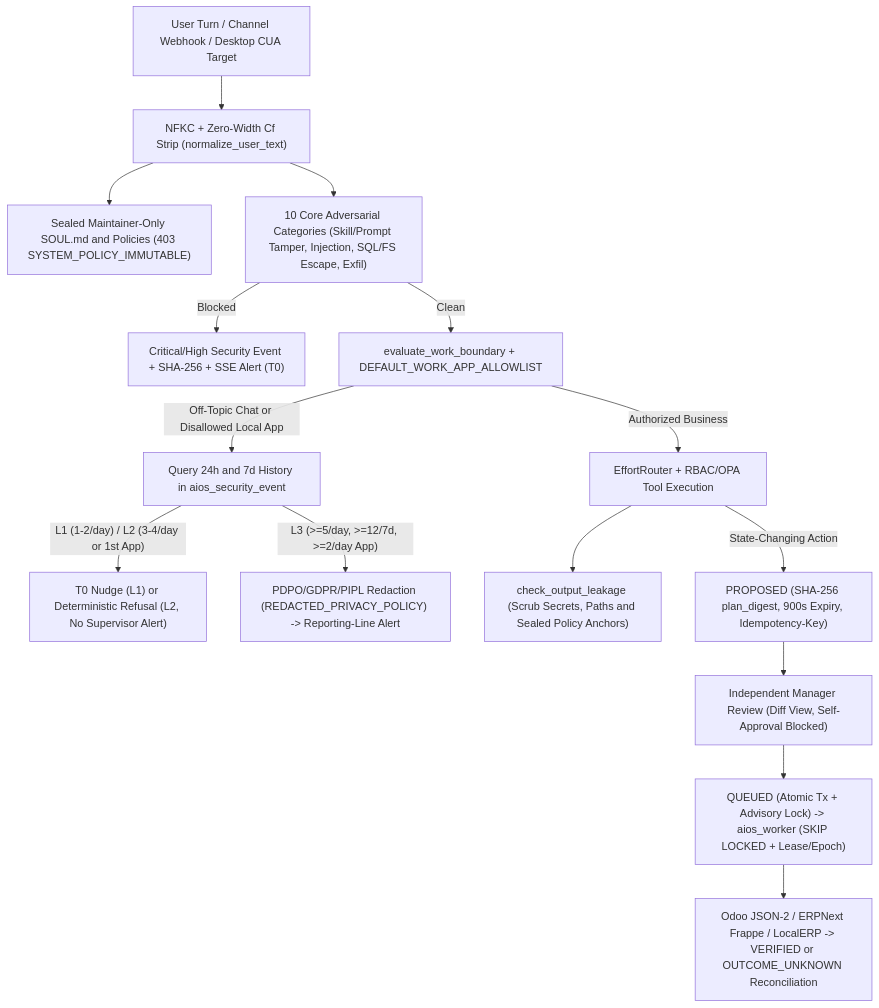
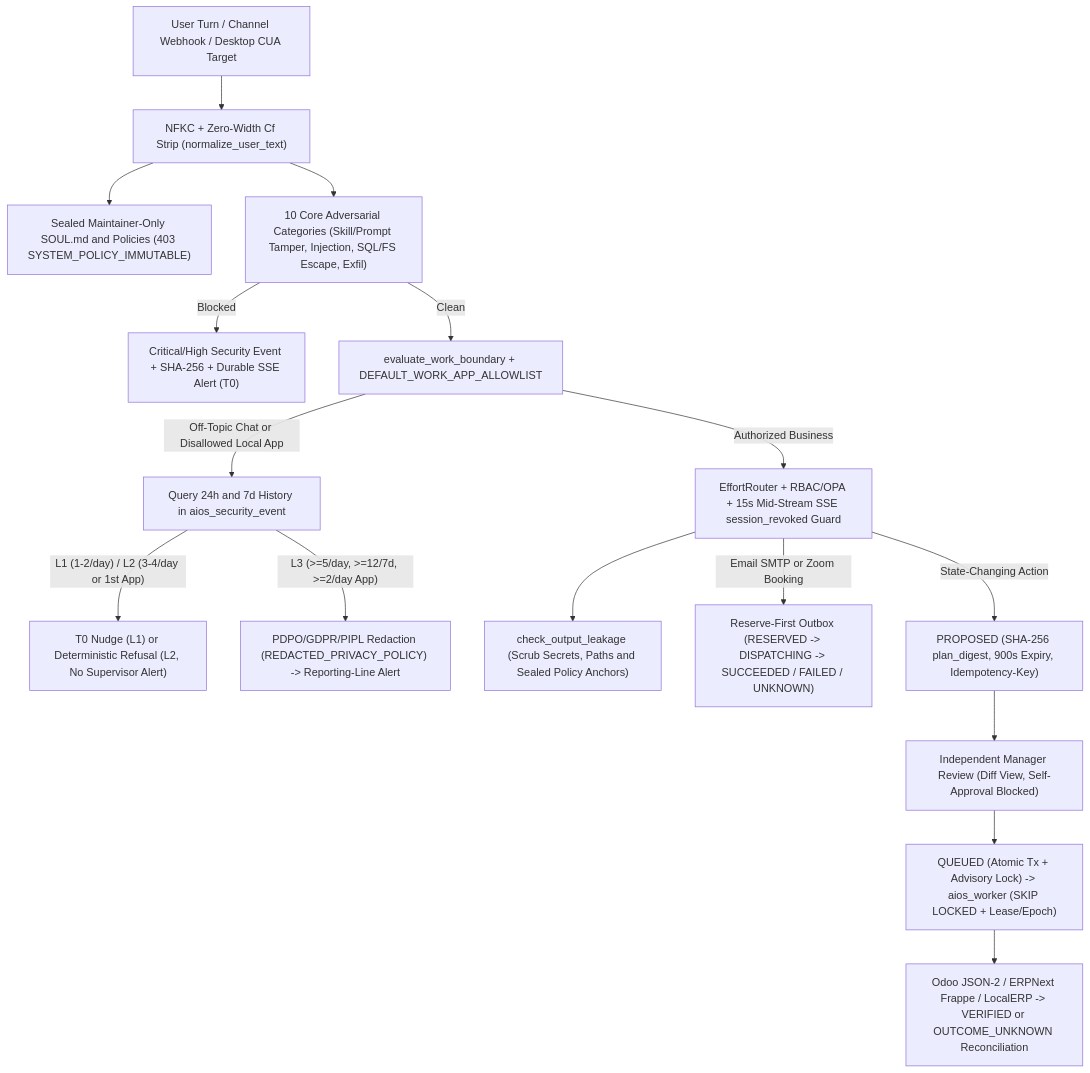
Before and after one commit to Doooo4love/sme-aios-demo: the third of 4 diagrams in README.md, drawn with Mermaid. The commit also changed other lines of this file and 61 other files, not shown here.

````diff
--- a/README.md
+++ b/README.md
@@ -148,17 +150,18 @@
 ```mermaid
 flowchart TD
     IN["User Turn / Channel Webhook / Desktop CUA Target"] --> NORM["NFKC + Zero-Width Cf Strip (normalize_user_text)"]
     NORM --> SEALED["Sealed Maintainer-Only SOUL.md and Policies (403 SYSTEM_POLICY_IMMUTABLE)"]
     NORM --> COREGUARD["10 Core Adversarial Categories (Skill/Prompt Tamper, Injection, SQL/FS Escape, Exfil)"]
-    COREGUARD -->|"Blocked"| SEC_LEDGER["Critical/High Security Event + SHA-256 + SSE Alert (T0)"]
+    COREGUARD -->|"Blocked"| SEC_LEDGER["Critical/High Security Event + SHA-256 + Durable SSE Alert (T0)"]
     COREGUARD -->|"Clean"| BOUNDARY["evaluate_work_boundary + DEFAULT_WORK_APP_ALLOWLIST"]
     BOUNDARY -->|"Off-Topic Chat or Disallowed Local App"| HISTORY["Query 24h and 7d History in aios_security_event"]
     HISTORY -->|"L1 (1-2/day) / L2 (3-4/day or 1st App)"| NUDGE_DENY["T0 Nudge (L1) or Deterministic Refusal (L2, No Supervisor Alert)"]
     HISTORY -->|"L3 (>=5/day, >=12/7d, >=2/day App)"| REDACT["PDPO/GDPR/PIPL Redaction (REDACTED_PRIVACY_POLICY) -> Reporting-Line Alert"]
-    BOUNDARY -->|"Authorized Business"| EXEC["EffortRouter + RBAC/OPA Tool Execution"]
+    BOUNDARY -->|"Authorized Business"| EXEC["EffortRouter + RBAC/OPA + 15s Mid-Stream SSE session_revoked Guard"]
     EXEC --> SCRUB["check_output_leakage (Scrub Secrets, Paths and Sealed Policy Anchors)"]
+    EXEC -->|"Email SMTP or Zoom Booking"| EXTOUT["Reserve-First Outbox (RESERVED -> DISPATCHING -> SUCCEEDED / FAILED / UNKNOWN)"]
     EXEC -->|"State-Changing Action"| PROP["PROPOSED (SHA-256 plan_digest, 900s Expiry, Idempotency-Key)"]
     PROP --> REVIEW["Independent Manager Review (Diff View, Self-Approval Blocked)"]
     REVIEW --> QUEUED["QUEUED (Atomic Tx + Advisory Lock) -> aios_worker (SKIP LOCKED + Lease/Epoch)"]
     QUEUED --> ERP["Odoo JSON-2 / ERPNext Frappe / LocalERP -> VERIFIED or OUTCOME_UNKNOWN Reconciliation"]
 ```
````
